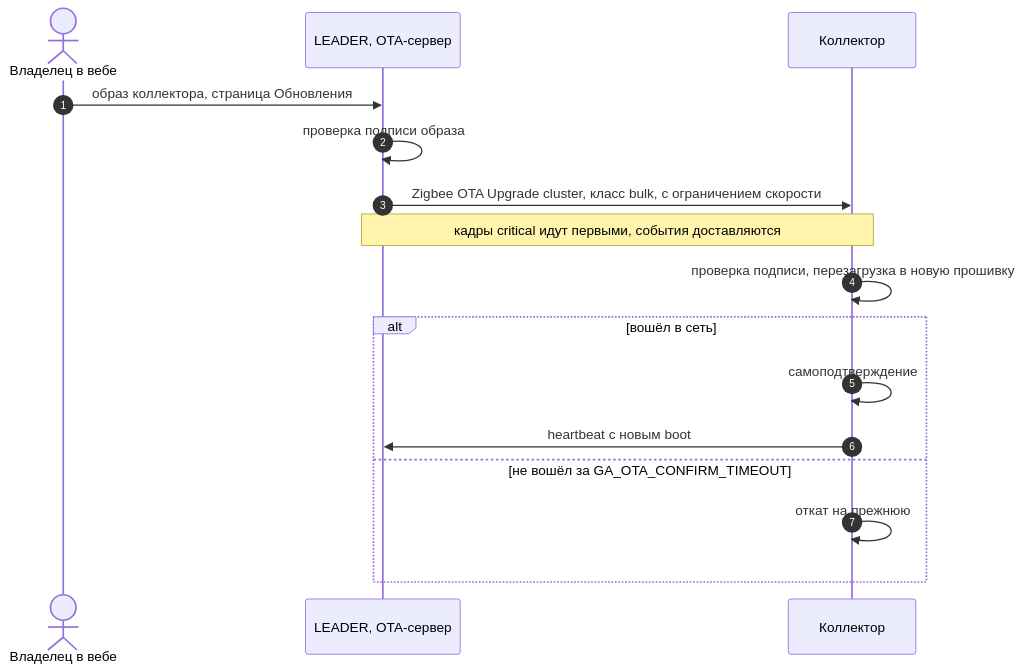
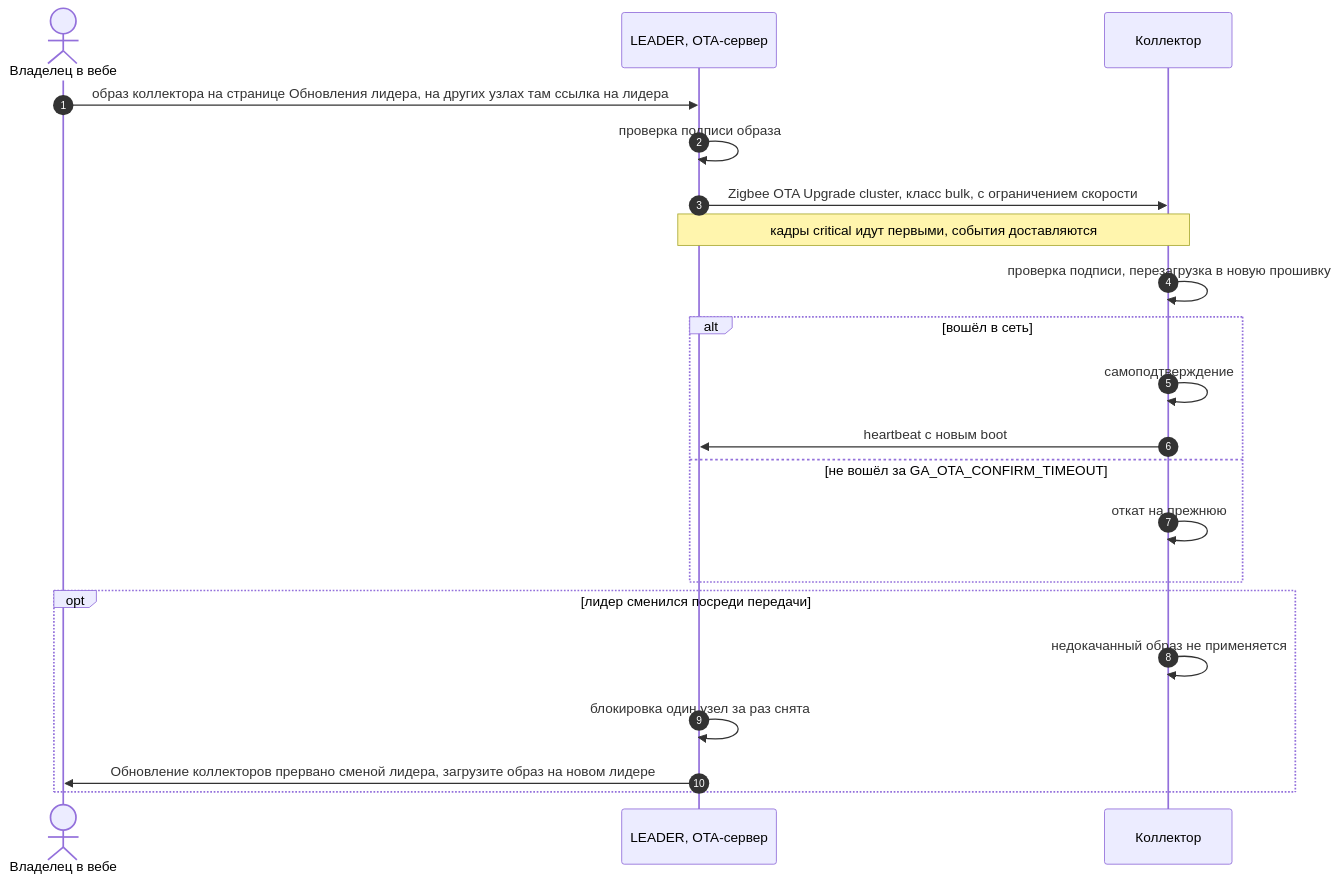
Diagram 11 of 15 in _bmad-output/planning-artifacts/protocols-reference/garageAlarms2-протоколы-обмена.md (wol-micro/garageAlarms2.0), drawn with Mermaid before and after one commit. The commit also changed other lines of this file and 6 other files, not shown here.

````diff
--- a/_bmad-output/planning-artifacts/protocols-reference/garageAlarms2-протоколы-обмена.md
+++ b/_bmad-output/planning-artifacts/protocols-reference/garageAlarms2-протоколы-обмена.md
@@ -866,18 +869,23 @@
 ```mermaid
 sequenceDiagram
   autonumber
   actor O as Владелец в вебе
   participant L as LEADER, OTA-сервер
   participant C as Коллектор
-  O->>L: образ коллектора, страница Обновления
+  O->>L: образ коллектора на странице Обновления лидера, на других узлах там ссылка на лидера
   L->>L: проверка подписи образа
   L->>C: Zigbee OTA Upgrade cluster, класс bulk, с ограничением скорости
   Note over L,C: кадры critical идут первыми, события доставляются
   C->>C: проверка подписи, перезагрузка в новую прошивку
   alt вошёл в сеть
     C->>C: самоподтверждение
     C->>L: heartbeat с новым boot
   else не вошёл за GA_OTA_CONFIRM_TIMEOUT
     C->>C: откат на прежнюю
   end
+  opt лидер сменился посреди передачи
+    C->>C: недокачанный образ не применяется
+    L->>L: блокировка один узел за раз снята
+    L->>O: Обновление коллекторов прервано сменой лидера, загрузите образ на новом лидере
+  end
 ```
````
